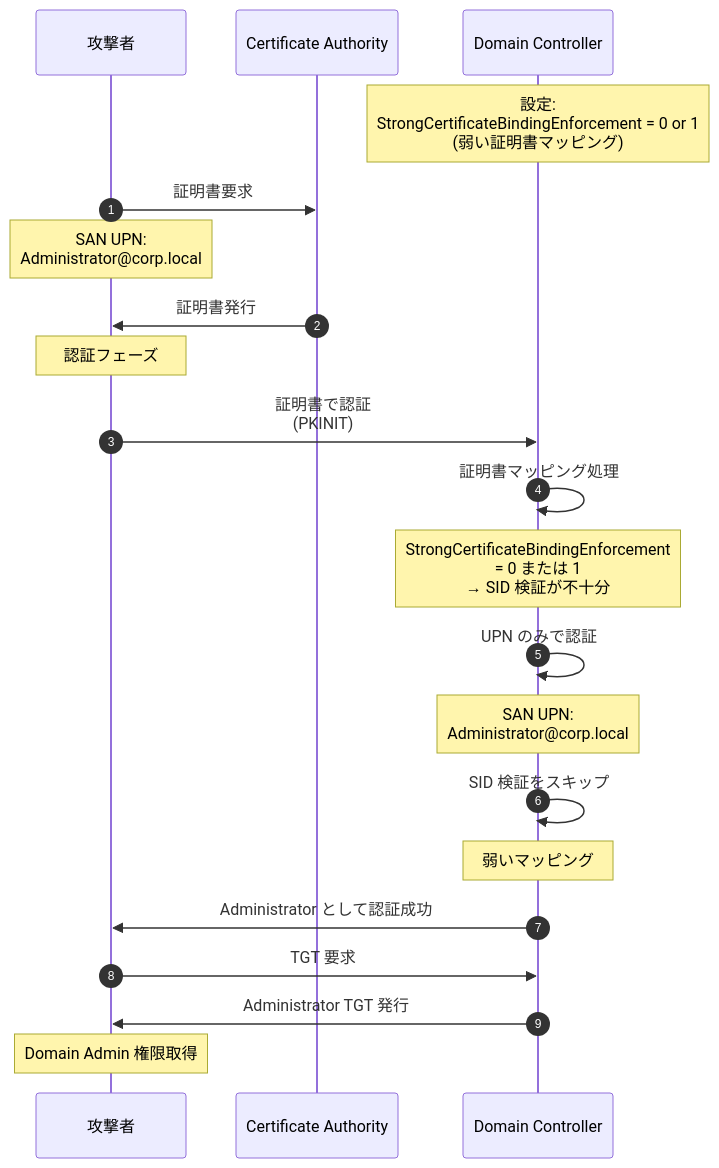
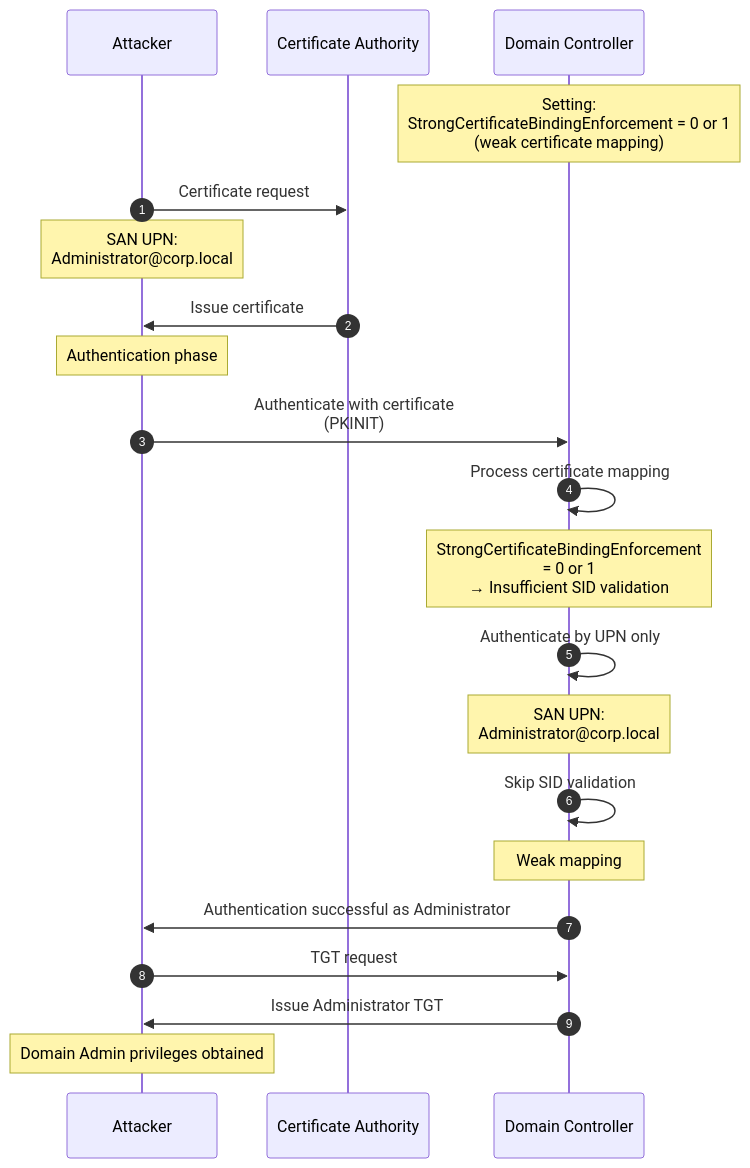
Diagram 14 of 17 in _posts/2026-03-03-tech-adcs-esc-attack-guide.md (morimori-dev/morimori-dev.github.io), drawn with Mermaid before and after one commit. The commit also changed other lines of this file and 1 other file, not shown here.

````diff
--- a/_posts/2026-03-03-tech-adcs-esc-attack-guide.md
+++ b/_posts/2026-03-03-tech-adcs-esc-attack-guide.md
@@ -1365,34 +1366,34 @@
 ```mermaid
 sequenceDiagram
     autonumber
-    participant A as 攻撃者
+    participant A as Attacker
     participant CA as Certificate Authority
     participant DC as Domain Controller
-    
-    Note over DC: 設定:<br/>StrongCertificateBindingEnforcement = 0 or 1<br/>(弱い証明書マッピング)
-    
-    A->>CA: 証明書要求
+
+    Note over DC: Setting:<br/>StrongCertificateBindingEnforcement = 0 or 1<br/>(weak certificate mapping)
+
+    A->>CA: Certificate request
     Note over A: SAN UPN:<br/>Administrator@corp.local
-    
-    CA->>A: 証明書発行
-    
-    Note over A: 認証フェーズ
-    
-    A->>DC: 証明書で認証<br/>(PKINIT)
-    
-    DC->>DC: 証明書マッピング処理
-    Note over DC: StrongCertificateBindingEnforcement<br/>= 0 または 1<br/>→ SID 検証が不十分
-    
-    DC->>DC: UPN のみで認証
+
+    CA->>A: Issue certificate
+
+    Note over A: Authentication phase
+
+    A->>DC: Authenticate with certificate<br/>(PKINIT)
+
+    DC->>DC: Process certificate mapping
+    Note over DC: StrongCertificateBindingEnforcement<br/>= 0 or 1<br/>→ Insufficient SID validation
+
+    DC->>DC: Authenticate by UPN only
     Note over DC: SAN UPN:<br/>Administrator@corp.local
-    
-    DC->>DC: SID 検証をスキップ
-    Note over DC: 弱いマッピング
-    
-    DC->>A: Administrator として認証成功
-    
-    A->>DC: TGT 要求
-    DC->>A: Administrator TGT 発行
-    
-    Note over A: Domain Admin 権限取得
+
+    DC->>DC: Skip SID validation
+    Note over DC: Weak mapping
+
+    DC->>A: Authentication successful as Administrator
+
+    A->>DC: TGT request
+    DC->>A: Issue Administrator TGT
+
+    Note over A: Domain Admin privileges obtained
 ```
````
